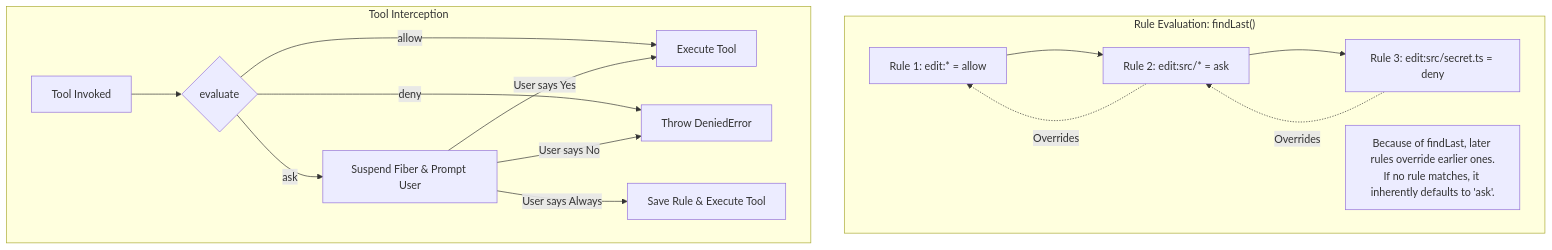
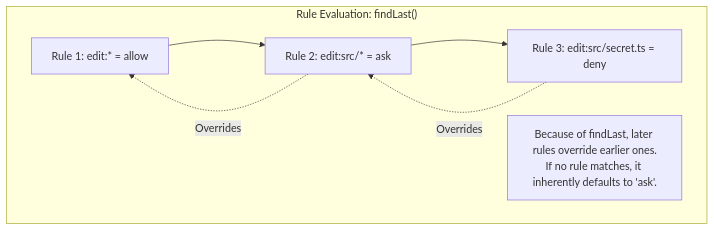
Before and after one commit to anomalyco/opencode: the first of 2 diagrams in docs/architecture/06_security-and-configuration.md, drawn with Mermaid.

Commit message:
docs: finalize security and configuration architecture documentation

````diff
--- a/docs/architecture/06_security-and-configuration.md
+++ b/docs/architecture/06_security-and-configuration.md
@@ -54,28 +54,16 @@
 ```mermaid
 flowchart TD
     subgraph rule_eval ["Rule Evaluation: findLast()"]
         R1[Rule 1: edit:* = allow]
         R2[Rule 2: edit:src/* = ask]
         R3[Rule 3: edit:src/secret.ts = deny]
 
         R1 --> R2
         R2 --> R3
 
         R3 -.->|Overrides| R2
         R2 -.->|Overrides| R1
 
         Note[Because of findLast, later rules override earlier ones.<br>If no rule matches, it inherently defaults to 'ask'.]
     end
-
-    subgraph tool_interception [Tool Interception]
-        Tool[Tool Invoked] --> Eval{evaluate}
-        
-        Eval -->|allow| Run[Execute Tool]
-        Eval -->|deny| Fail[Throw DeniedError]
-        Eval -->|ask| Pause[Suspend Fiber & Prompt User]
-
-        Pause -->|User says Yes| Run
-        Pause -->|User says Always| Save[Save Rule & Execute Tool]
-        Pause -->|User says No| Fail
-    end
 ```
````
